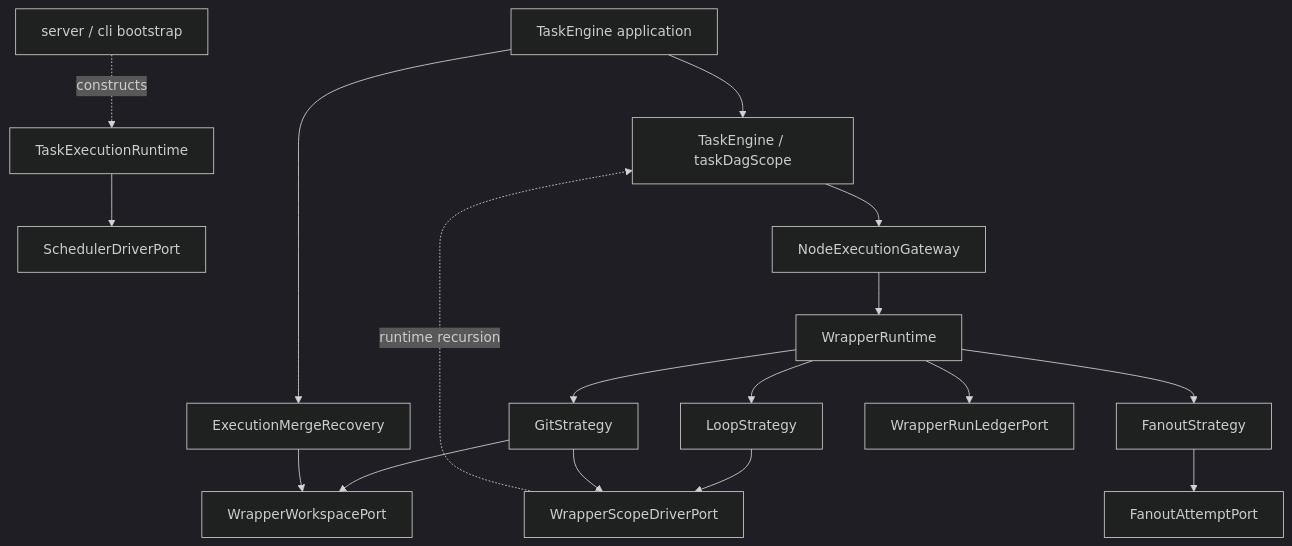
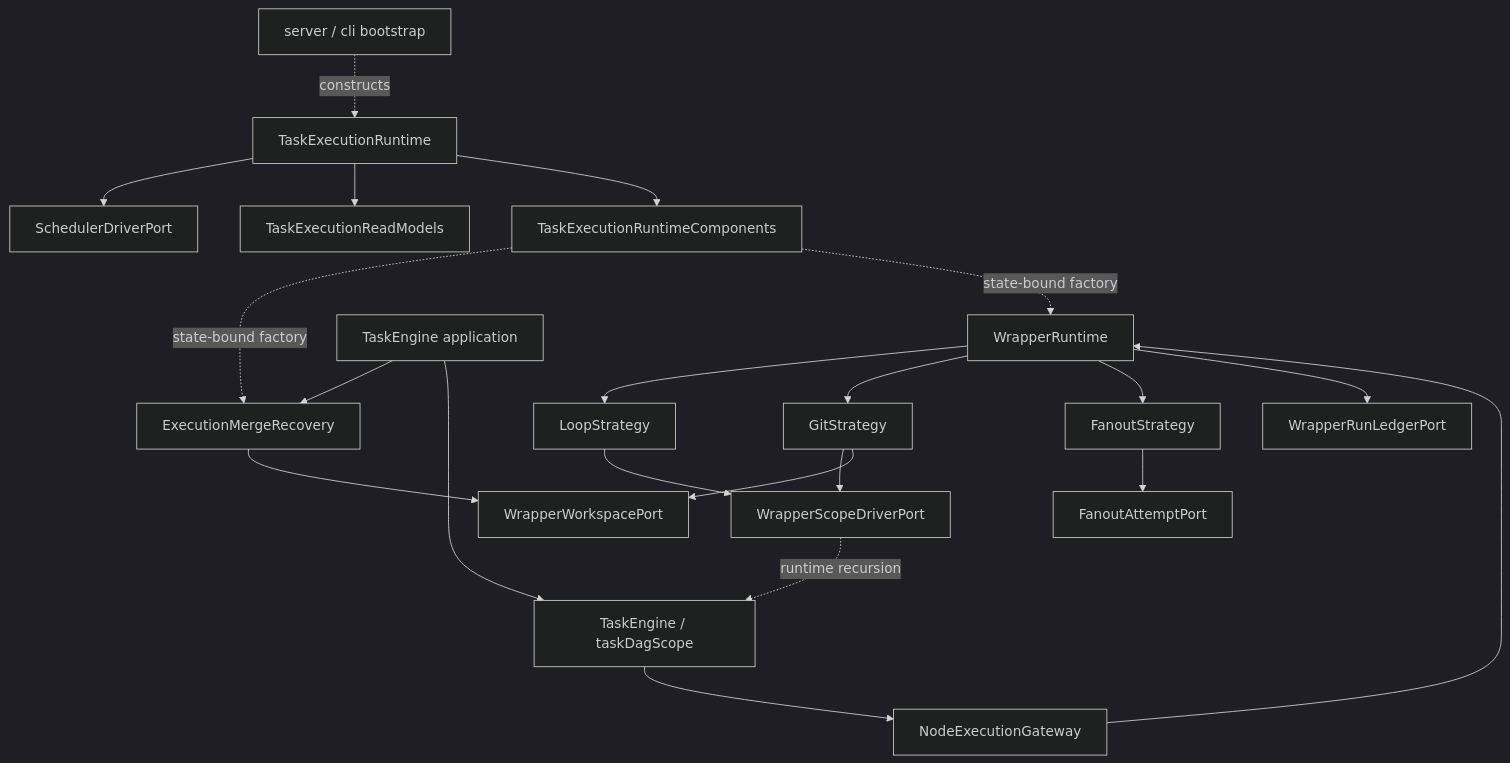
The second of 2 diagrams in design/RFC-339-wrapper-runtime-cutover/design.md (wangbinquan/agent-workflow), drawn with Mermaid (dark theme) before and after one commit. The commit also changed other lines of this file and 152 other files, not shown here.

First line of the commit message:
refactor(task-execution): implement RFC-339 WrapperRuntime

````diff
--- a/design/RFC-339-wrapper-runtime-cutover/design.md
+++ b/design/RFC-339-wrapper-runtime-cutover/design.md
@@ -603,19 +628,23 @@
 ```mermaid
 flowchart TB
   Bootstrap[server / cli bootstrap] -. constructs .-> Runtime[TaskExecutionRuntime]
   Runtime --> Driver[SchedulerDriverPort]
-  App[TaskEngine application] --> Recovery[ExecutionMergeRecovery]
+  Runtime --> Reads[TaskExecutionReadModels]
+  Runtime --> Components[TaskExecutionRuntimeComponents]
+  Components -. state-bound factory .-> Recovery[ExecutionMergeRecovery]
+  Components -. state-bound factory .-> WR[WrapperRuntime]
+  App[TaskEngine application] --> Recovery
   App --> Scope[TaskEngine / taskDagScope]
   Scope --> Gateway[NodeExecutionGateway]
   Gateway --> WR[WrapperRuntime]
   WR --> Loop[LoopStrategy]
   WR --> Git[GitStrategy]
   WR --> Fanout[FanoutStrategy]
   Loop --> Nested[WrapperScopeDriverPort]
   Git --> Nested
   Nested -. runtime recursion .-> Scope
   WR --> Ledger[WrapperRunLedgerPort]
   Git --> Workspace[WrapperWorkspacePort]
   Fanout --> Attempts[FanoutAttemptPort]
   Recovery --> Workspace
 ```
````
